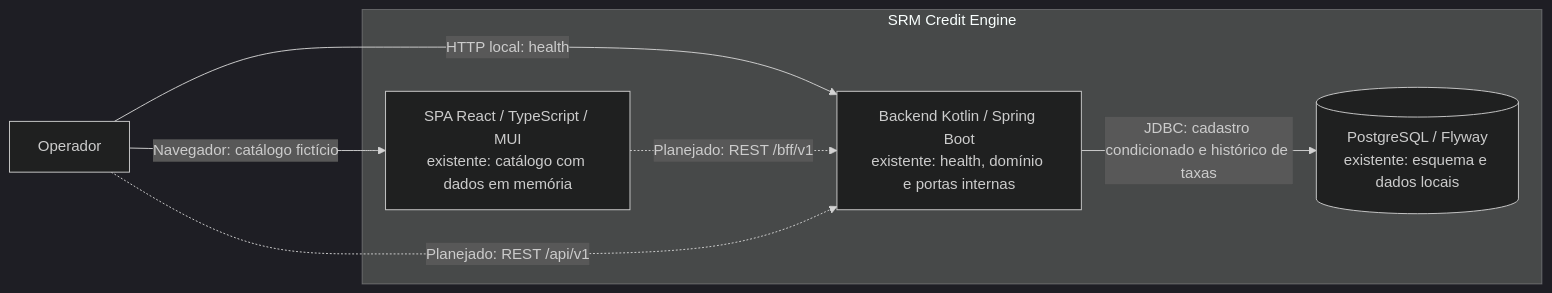
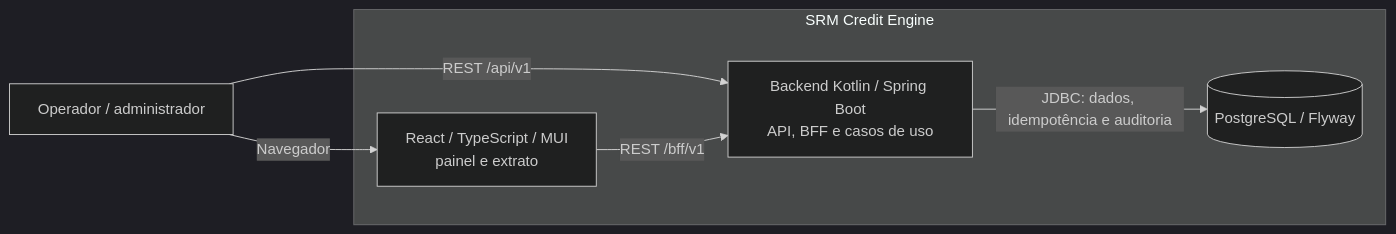
Before and after one commit to RobsonSilverioSantos/srm-credit-engine: the second of 2 diagrams in docs/arquitetura/C4_MVP.md, drawn with Mermaid (dark theme). The commit also changed other lines of this file and 123 other files, not shown here.

````diff
--- a/docs/arquitetura/C4_MVP.md
+++ b/docs/arquitetura/C4_MVP.md
@@ -21,14 +22,13 @@
 ```mermaid
 flowchart LR
-  op["Operador"]
+  op["Operador / administrador"]
   subgraph sistema["SRM Credit Engine"]
-    spa["SPA React / TypeScript / MUI<br/>existente: catálogo com dados em memória"]
-    api["Backend Kotlin / Spring Boot<br/>existente: health, domínio e portas internas"]
-    pg[("PostgreSQL / Flyway<br/>existente: esquema e dados locais")]
+    spa["React / TypeScript / MUI<br/>painel e extrato"]
+    api["Backend Kotlin / Spring Boot<br/>API, BFF e casos de uso"]
+    pg[("PostgreSQL / Flyway")]
   end
-  op -->|"Navegador: catálogo fictício"| spa
-  op -->|"HTTP local: health"| api
-  api -->|"JDBC: cadastro condicionado e histórico de taxas"| pg
-  spa -.->|"Planejado: REST /bff/v1"| api
-  op -.->|"Planejado: REST /api/v1"| api
+  op -->|"Navegador"| spa
+  op -->|"REST /api/v1"| api
+  spa -->|"REST /bff/v1"| api
+  api -->|"JDBC: dados, idempotência e auditoria"| pg
 ```
````
